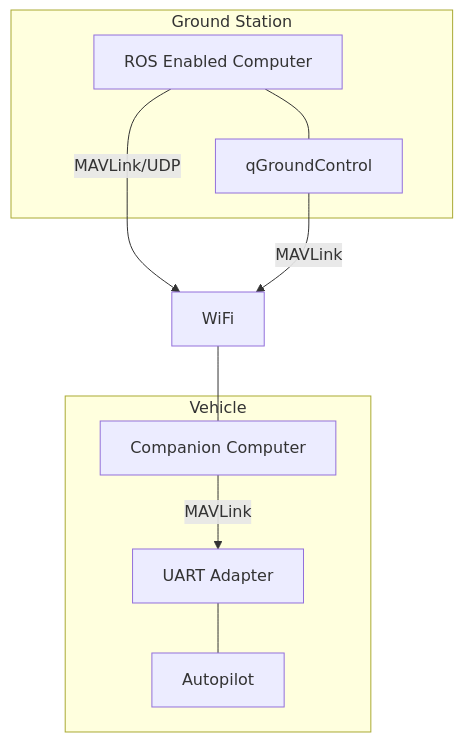
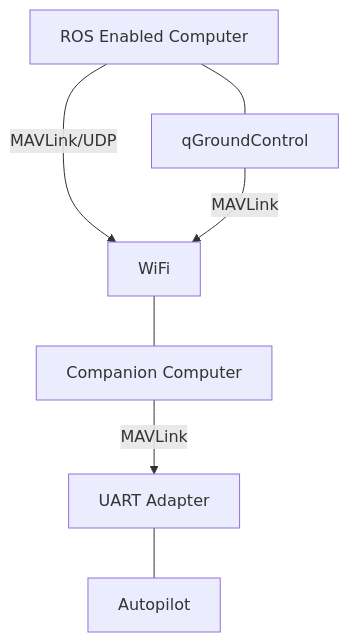
Before and after one commit to yxftju/PX4Devguide: the third of 3 diagrams in offboard-control.md, drawn with Mermaid.

Commit message:
Updates offboard-control.md
Auto commit by GitBook Editor

```diff
--- a/offboard-control.md
+++ b/offboard-control.md
@@ -62,13 +62,9 @@
 {% mermaid %}
  graph TD;
-  subgraph Ground  Station
-  gnd[ROS Enabled Computer] --- qgc[qGroundControl];
-  end
+   gnd[ROS Enabled Computer] --- qgc[qGroundControl];
   gnd --MAVLink/UDP--> w[WiFi];
   qgc --MAVLink--> w;
-  subgraph Vehicle
   comp[Companion Computer] --MAVLink--> uart[UART Adapter];
   uart --- Autopilot;
-  end
   w --- comp;
 {% endmermaid %}
```
